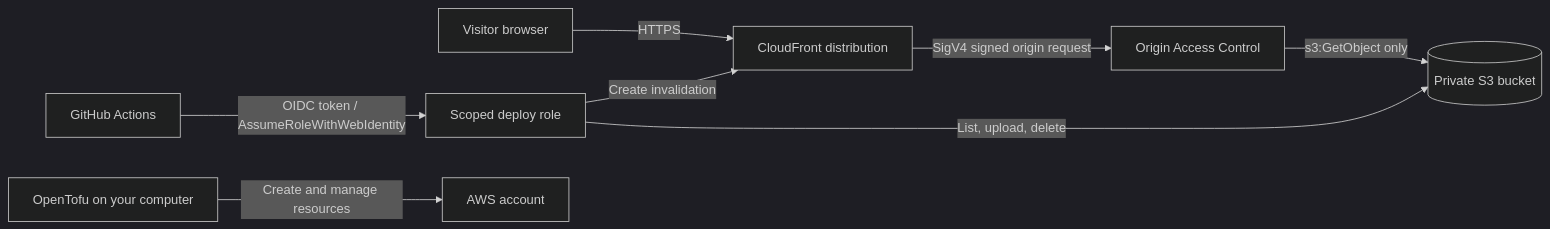
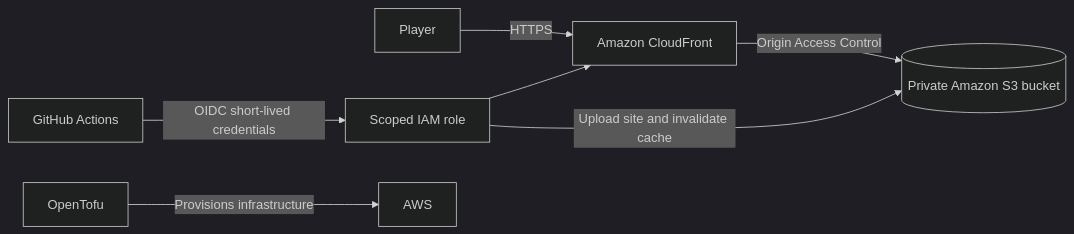
One commit to ZJXDL/aws-static-portfolio changed the diagram in README.md. Above: the diagram before and after it, drawn with Mermaid (dark theme). The commit also changed other lines of this file and 2 other files, not shown here.

````diff
--- a/README.md
+++ b/README.md
@@ -28,10 +19,9 @@
 ```mermaid
 flowchart LR
-  V[Visitor browser] -->|HTTPS| CF[CloudFront distribution]
-  CF -->|SigV4 signed origin request| OAC[Origin Access Control]
-  OAC -->|s3:GetObject only| S3[(Private S3 bucket)]
-  GH[GitHub Actions] -->|OIDC token / AssumeRoleWithWebIdentity| IAM[Scoped deploy role]
-  IAM -->|List, upload, delete| S3
-  IAM -->|Create invalidation| CF
-  TF[OpenTofu on your computer] -->|Create and manage resources| AWS[AWS account]
+  Player[Player] -->|HTTPS| CF[Amazon CloudFront]
+  CF -->|Origin Access Control| S3[(Private Amazon S3 bucket)]
+  GH[GitHub Actions] -->|OIDC short-lived credentials| IAM[Scoped IAM role]
+  IAM -->|Upload site and invalidate cache| S3
+  IAM --> CF
+  Tofu[OpenTofu] -->|Provisions infrastructure| AWS[AWS]
 ```
````
